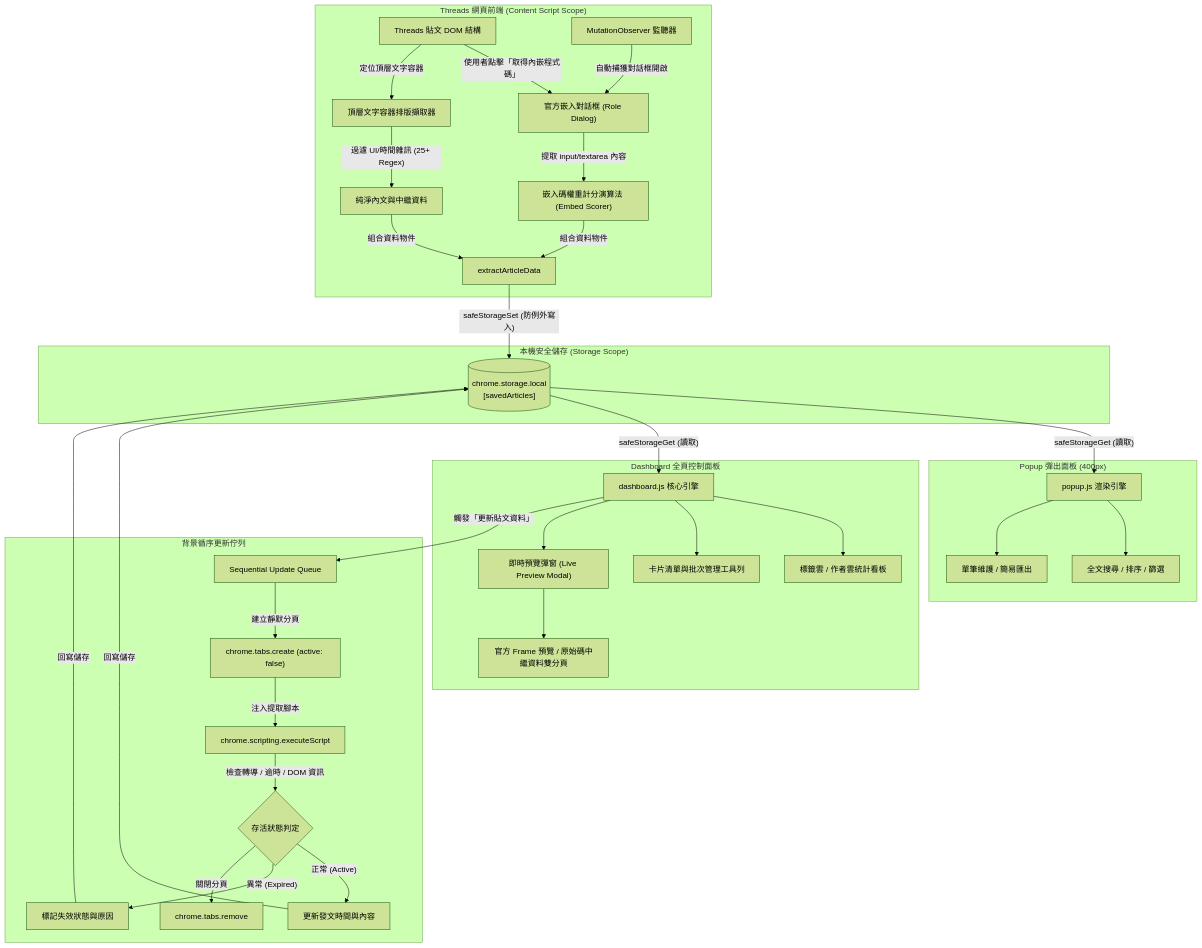
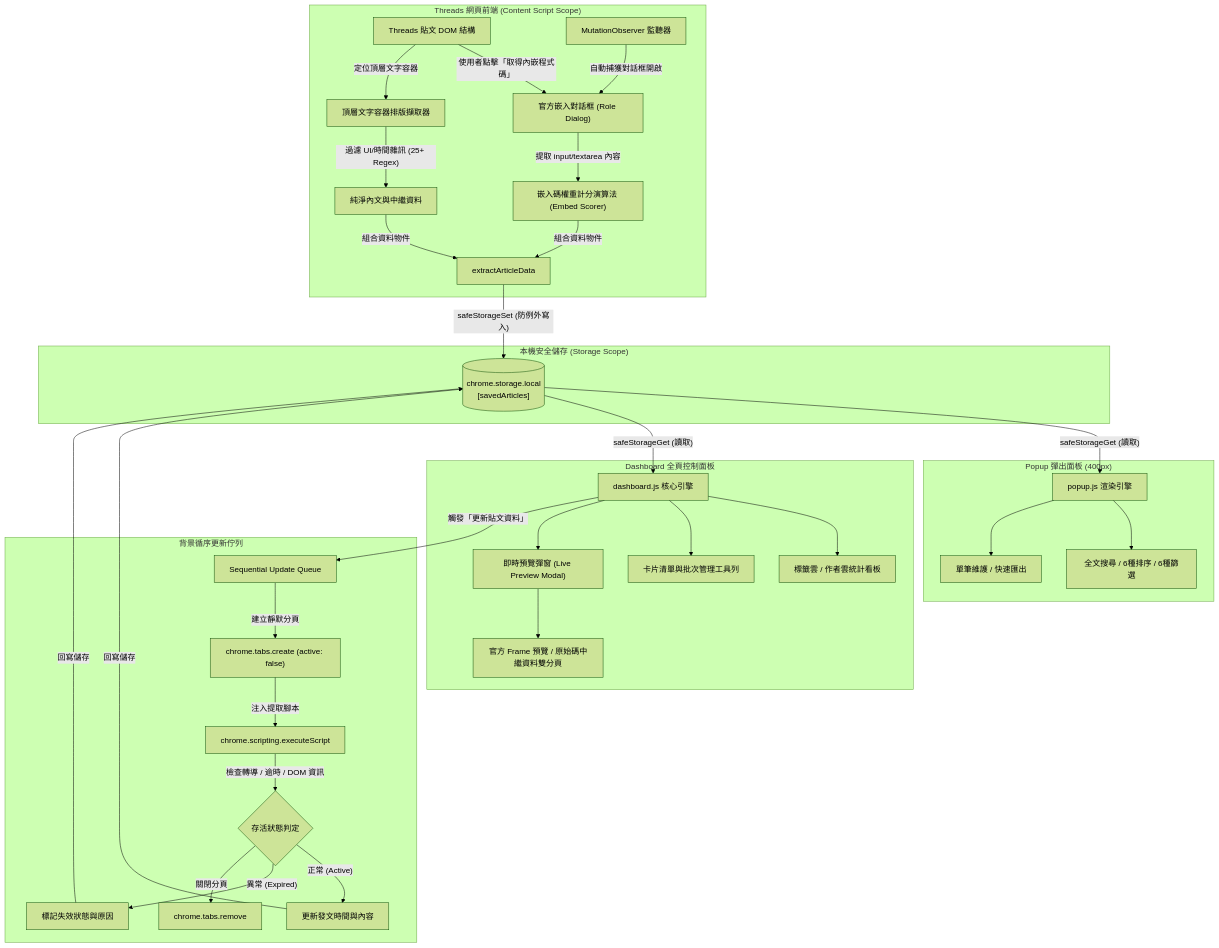
Before and after one commit to Scorpio-meow/Threads-embedded-code: the first of 3 diagrams in README.md, drawn with Mermaid (forest theme). The commit also changed other lines of this file and 1 other file, not shown here.

````diff
--- a/README.md
+++ b/README.md
@@ -288,40 +304,40 @@
 ```mermaid
 flowchart TD
     subgraph ClientThreadsPage["Threads 網頁前端 (Content Script Scope)"]
         A["Threads 貼文 DOM 結構"] -->|"使用者點擊「取得內嵌程式碼」"| B["官方嵌入對話框 (Role Dialog)"]
         C["MutationObserver 監聽器"] -->|"自動捕獲對話框開啟"| B
         B -->|"提取 input/textarea 內容"| D["嵌入碼權重計分演算法 (Embed Scorer)"]
         A -->|"定位頂層文字容器"| E["頂層文字容器排版擷取器"]
         E -->|"過濾 UI/時間雜訊 (25+ Regex)"| F["純淨內文與中繼資料"]
         D & F -->|"組合資料物件"| G["extractArticleData"]
     end
 
     subgraph LocalDatabase["本機安全儲存 (Storage Scope)"]
         G -->|"safeStorageSet (防例外寫入)"| H[("chrome.storage.local\n[savedArticles]")]
     end
 
     subgraph PopupView["Popup 彈出面板 (400px)"]
         H -->|"safeStorageGet (讀取)"| I["popup.js 渲染引擎"]
-        I --> J["全文搜尋 / 排序 / 篩選"]
-        I --> K["單筆維護 / 簡易匯出"]
+        I --> J["全文搜尋 / 6種排序 / 6種篩選"]
+        I --> K["單筆維護 / 快速匯出"]
     end
 
     subgraph DashboardView["Dashboard 全頁控制面板"]
         H -->|"safeStorageGet (讀取)"| L["dashboard.js 核心引擎"]
         L --> M["標籤雲 / 作者雲統計看板"]
         L --> N["卡片清單與批次管理工具列"]
         L --> O["即時預覽彈窗 (Live Preview Modal)"]
         O --> P["官方 Frame 預覽 / 原始碼中繼資料雙分頁"]
     end
 
     subgraph BackgroundQueue["背景循序更新佇列"]
         L -->|"觸發「更新貼文資料」"| Q["Sequential Update Queue"]
         Q -->|"建立靜默分頁"| R["chrome.tabs.create (active: false)"]
         R -->|"注入提取腳本"| S["chrome.scripting.executeScript"]
         S -->|"檢查轉導 / 逾時 / DOM 資訊"| T{"存活狀態判定"}
         T -->|"正常 (Active)"| U["更新發文時間與內容"]
         T -->|"異常 (Expired)"| V["標記失效狀態與原因"]
         U & V -->|"回寫儲存"| H
         T -->|"關閉分頁"| W["chrome.tabs.remove"]
     end
 ```
````
